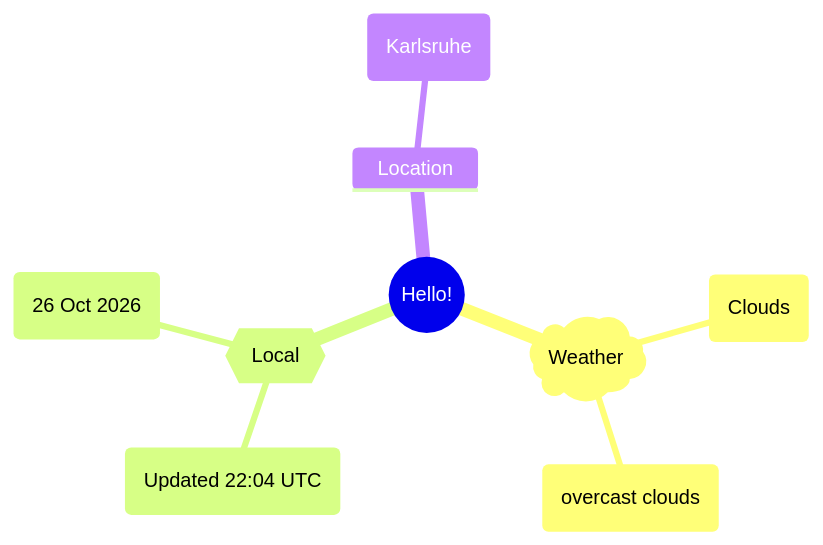
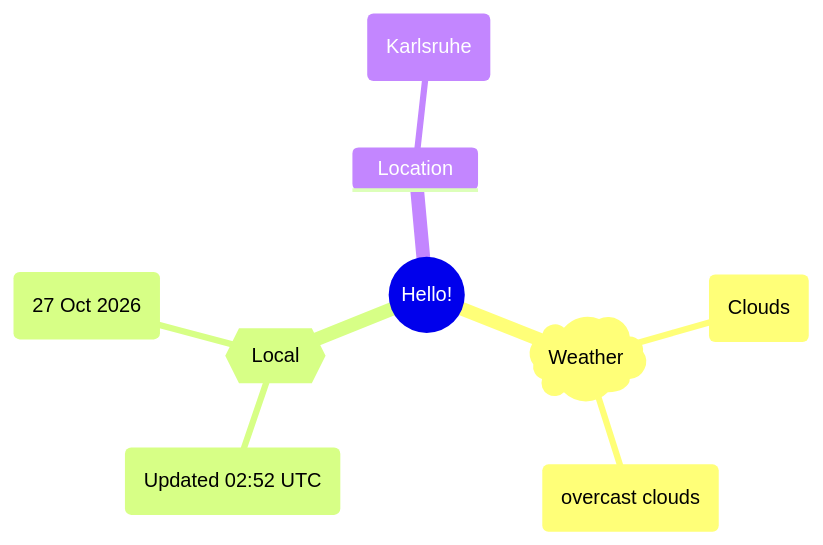
One commit to Xosrov/Xosrov changed the first of 2 diagrams in README.md. Above: the diagram before and after it, drawn with Mermaid.

Commit message:
[bot] updated images

````diff
--- a/README.md
+++ b/README.md
@@ -3,12 +3,12 @@
 ```mermaid
 mindmap
   root((Hello!))
     )Weather(
         (Clouds)
         (overcast clouds)
     {{Local}}
-        (Updated 22:04 UTC)
-        (26 Oct 2026)
+        (Updated 02:52 UTC)
+        (27 Oct 2026)
     Location
         (Karlsruhe)
 ```
````
